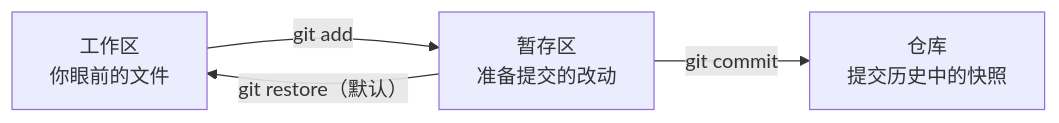
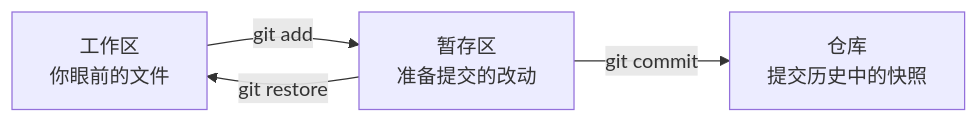
The diagram in docs/start/git.md (Dawn6666666/VibePrimer), drawn with Mermaid before and after one commit. The commit also changed 2 other files, not shown here.

Commit message:
style: 清除文档中冗余的括号英文与同义复述口癖

````diff
--- a/docs/start/git.md
+++ b/docs/start/git.md
@@ -53,6 +53,6 @@
 ```mermaid
 flowchart LR
   A["工作区<br/>你眼前的文件"] -->|git add| B["暂存区<br/>准备提交的改动"]
   B -->|git commit| C["仓库<br/>提交历史中的快照"]
-  B -->|git restore（默认）| A
+  B -->|git restore| A
 ```
````
